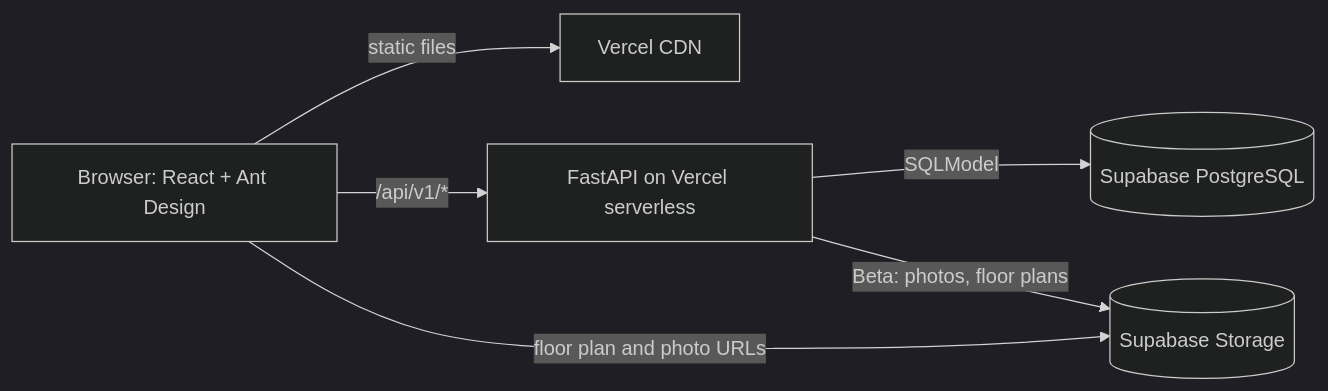
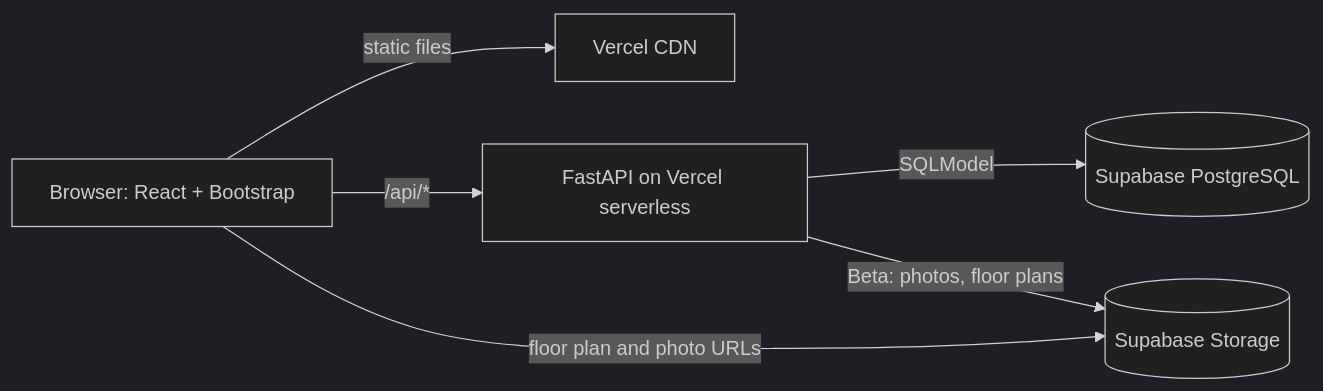
The first of 6 diagrams in docs/03-tdd.md (Rifat-stack/2311188_LostSpot), drawn with Mermaid (dark theme) before and after one commit. The commit also changed other lines of this file and 44 other files, not shown here.

````diff
--- a/docs/03-tdd.md
+++ b/docs/03-tdd.md
@@ -37,8 +37,8 @@
 ```mermaid
 flowchart LR
-    B["Browser: React + Ant Design"] -->|"static files"| V["Vercel CDN"]
-    B -->|"/api/v1/*"| F["FastAPI on Vercel serverless"]
+    B["Browser: React + Bootstrap"] -->|"static files"| V["Vercel CDN"]
+    B -->|"/api/*"| F["FastAPI on Vercel serverless"]
     F -->|"SQLModel"| DB[("Supabase PostgreSQL")]
     F -->|"Beta: photos, floor plans"| S[("Supabase Storage")]
     B -->|"floor plan and photo URLs"| S
 ```
````
